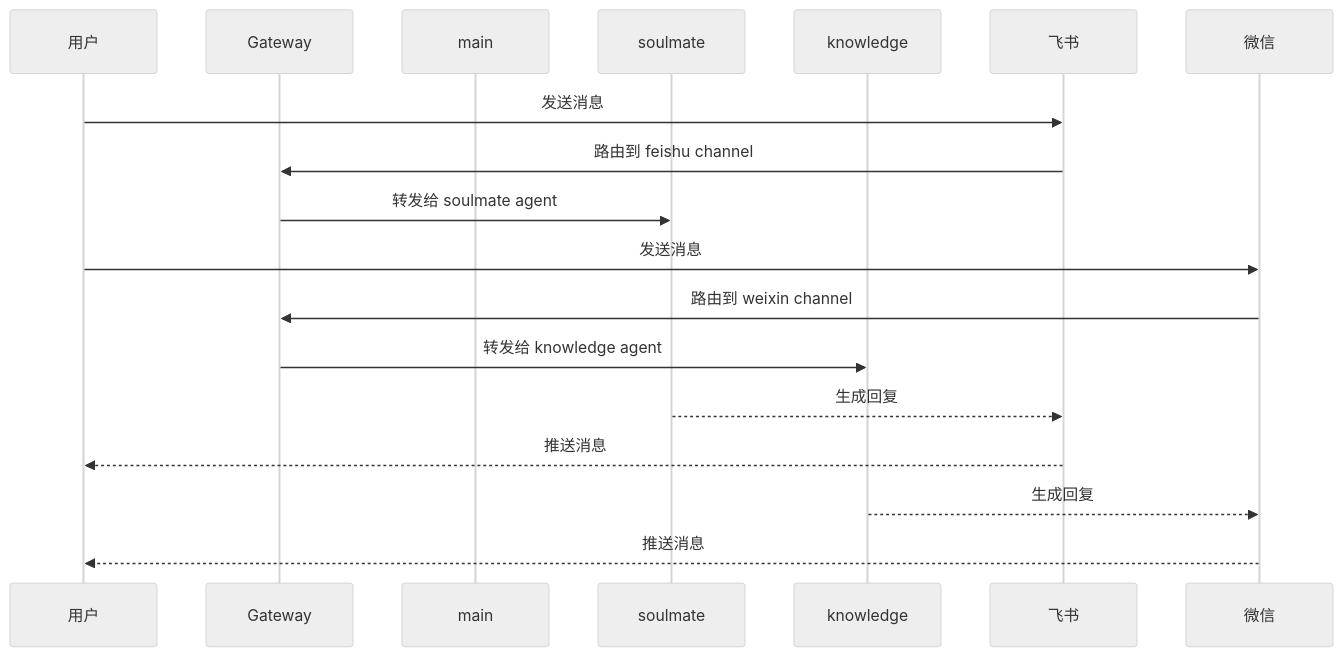
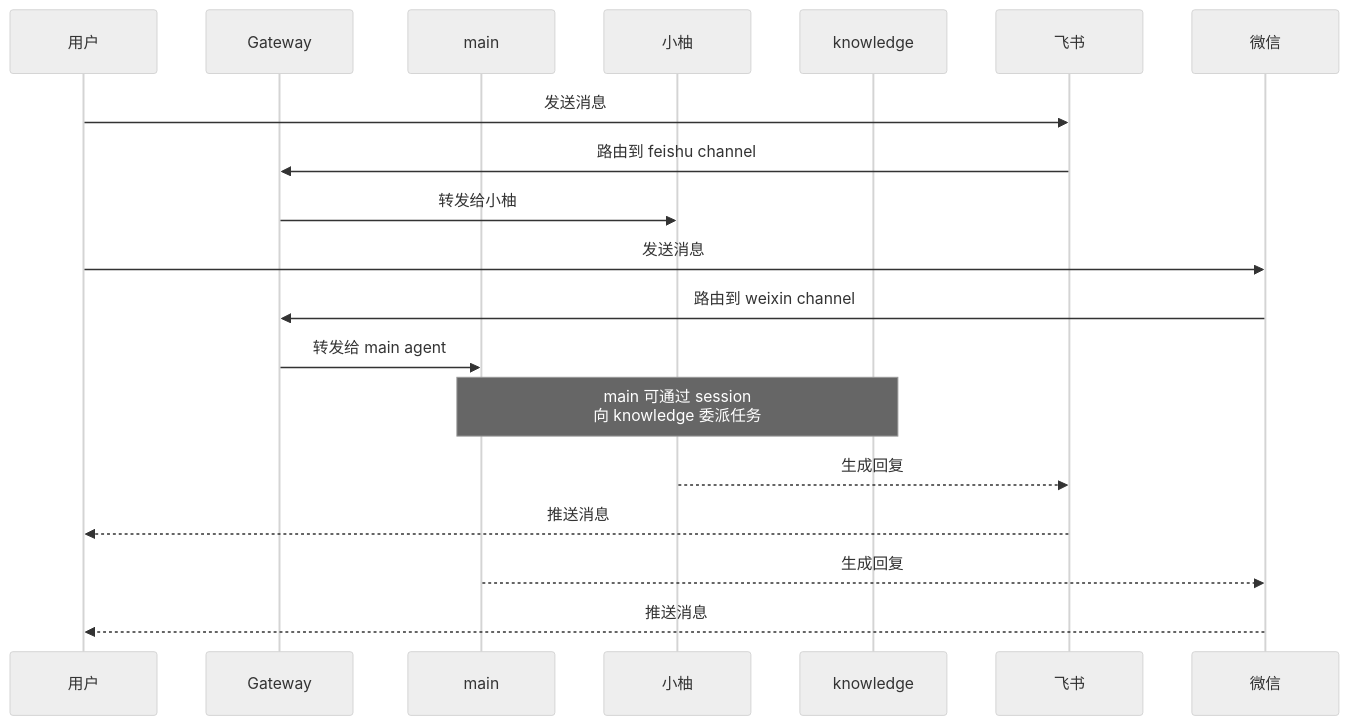
The third of 5 diagrams in content/06-OpenClaw/08-Agent-Architecture.md (zhangchen091488-collab/knowhow-ai), drawn with Mermaid (neutral theme) before and after one commit. The commit also changed other lines of this file, not shown here.

First line of the commit message:
修正 Agent 架构关系

````diff
--- a/content/06-OpenClaw/08-Agent-Architecture.md
+++ b/content/06-OpenClaw/08-Agent-Architecture.md
@@ -214,24 +241,26 @@
 ```mermaid
 sequenceDiagram
     participant U as 用户
     participant G as Gateway
     participant M as main
-    participant S as soulmate
+    participant S as 小柚
     participant K as knowledge
     participant F as 飞书
     participant W as 微信
 
     U->>F: 发送消息
     F->>G: 路由到 feishu channel
-    G->>S: 转发给 soulmate agent
+    G->>S: 转发给小柚
     
     U->>W: 发送消息
     W->>G: 路由到 weixin channel
-    G->>K: 转发给 knowledge agent
+    G->>M: 转发给 main agent
+
+    Note over M,K:main 可通过 session<br/>向 knowledge 委派任务
 
     S-->>F: 生成回复
     F-->>U: 推送消息
     
-    K-->>W: 生成回复
+    M-->>W: 生成回复
     W-->>U: 推送消息
 ```
````
